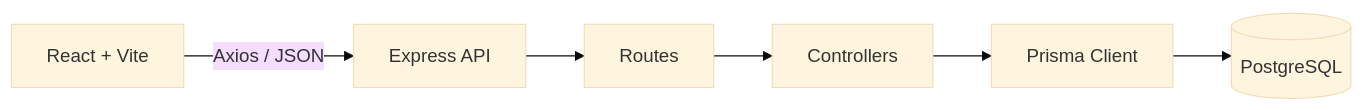
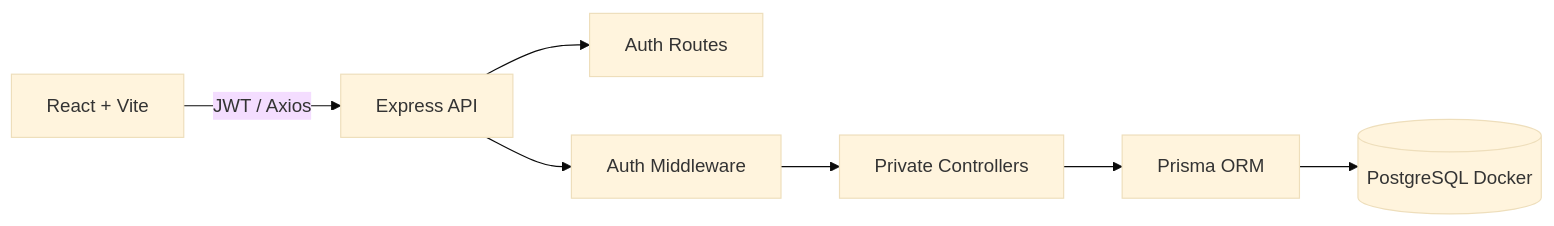
One commit to RenzoFernandes/process-hub changed the first of 2 diagrams in docs/APRESENTACAO_TECNICA.md. Above: the diagram before and after it, drawn with Mermaid (base theme). The commit also changed other lines of this file and 25 other files, not shown here.

Commit message:
feat: implement multi-tenant workspace architecture

````diff
--- a/docs/APRESENTACAO_TECNICA.md
+++ b/docs/APRESENTACAO_TECNICA.md
@@ -36,8 +38,9 @@
 ```mermaid
 flowchart LR
-  Browser[React + Vite] -->|Axios / JSON| API[Express API]
-  API --> Routes[Routes]
-  Routes --> Controllers[Controllers]
-  Controllers --> Prisma[Prisma Client]
-  Prisma --> DB[(PostgreSQL)]
+  Browser[React + Vite] -->|JWT / Axios| API[Express API]
+  API --> Auth[Auth Routes]
+  API --> Middleware[Auth Middleware]
+  Middleware --> Controllers[Private Controllers]
+  Controllers --> Prisma[Prisma ORM]
+  Prisma --> DB[(PostgreSQL Docker)]
 ```
````
